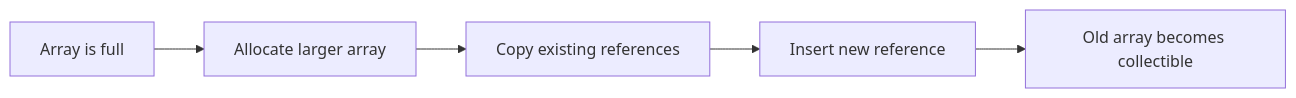
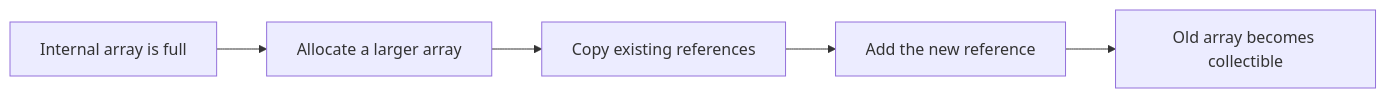
Before and after one commit to arvind-codegnan/core-java-reference-material: the fourth of 9 diagrams in collections.md, drawn with Mermaid. The commit also changed other lines of this file, not shown here.

````diff
--- a/collections.md
+++ b/collections.md
@@ -287,7 +396,7 @@
 ```mermaid
 flowchart LR
-    A[Array is full] --> B[Allocate larger array]
+    A[Internal array is full] --> B[Allocate a larger array]
     B --> C[Copy existing references]
-    C --> D[Insert new reference]
+    C --> D[Add the new reference]
     D --> E[Old array becomes collectible]
 ```
````
